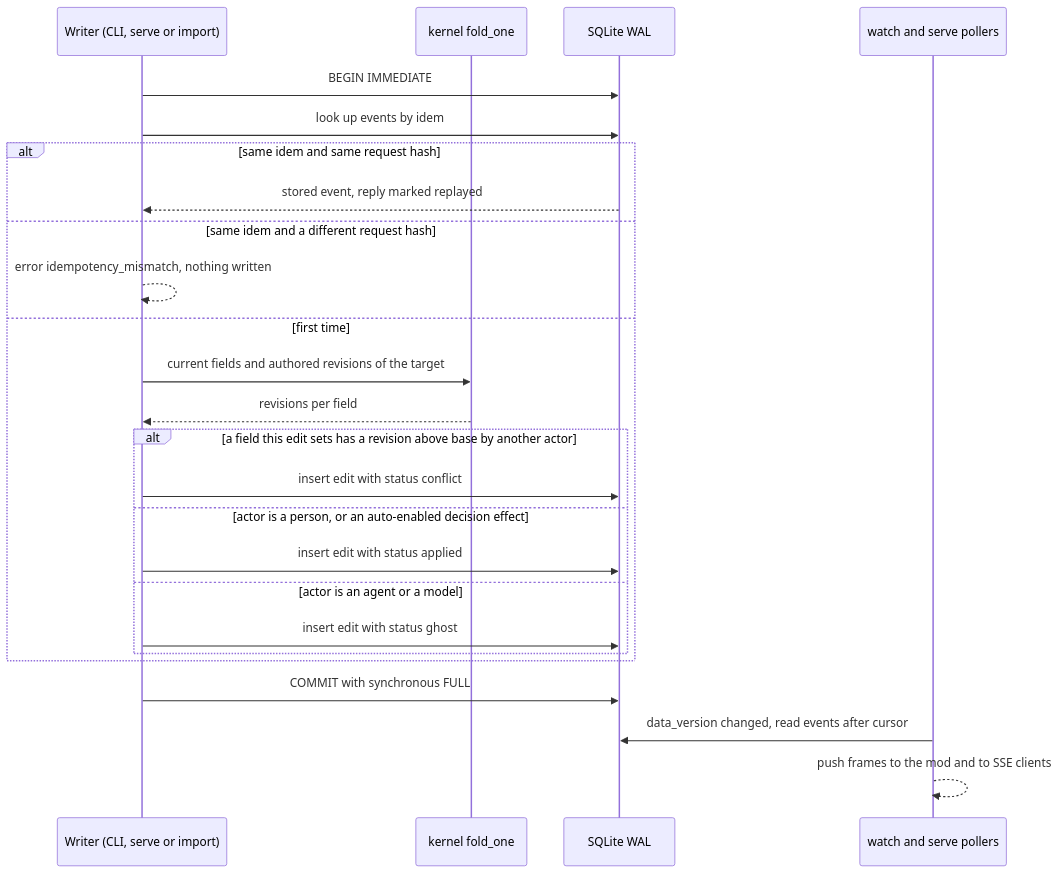
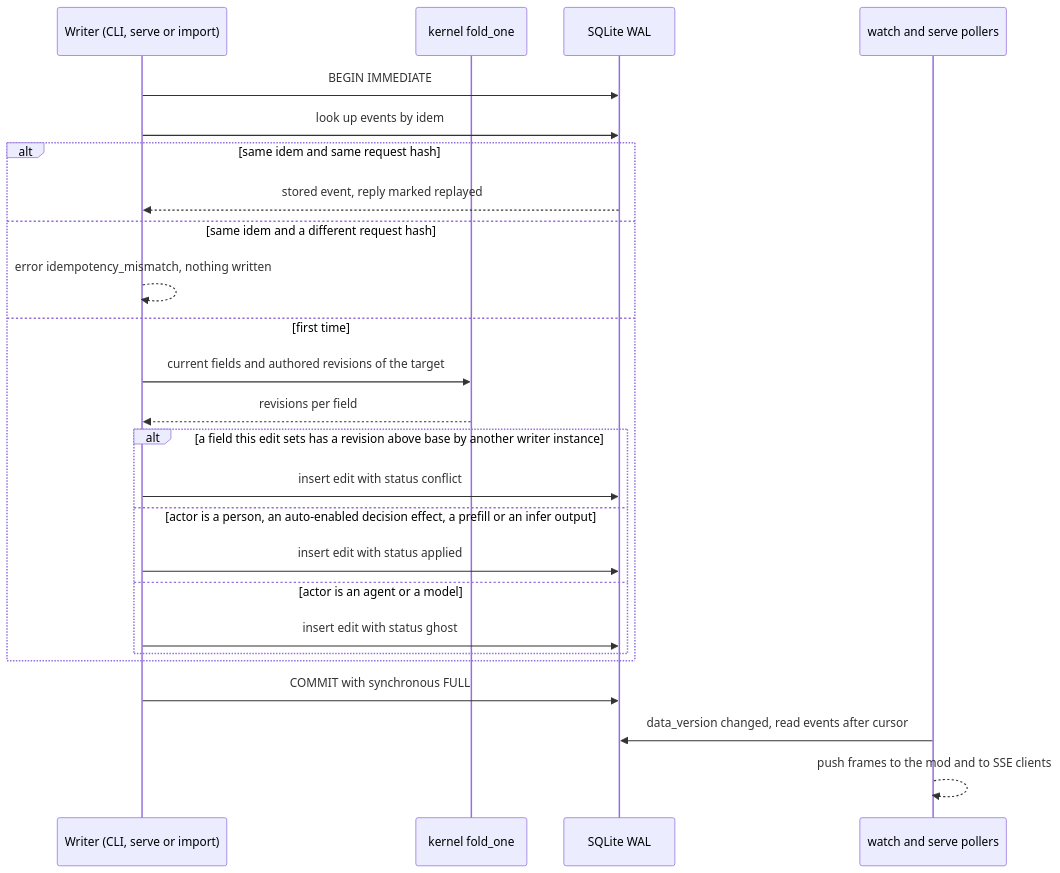
The fifth of 7 diagrams in docs/contributing/architecture.md (doodla/planroom), drawn with Mermaid before and after one commit. The commit also changed other lines of this file and 9 other files, not shown here.

First line of the commit message:
Architecture review round 1: apply the fixes, owner follow-ups in DR-60

````diff
--- a/docs/contributing/architecture.md
+++ b/docs/contributing/architecture.md
@@ -247,27 +252,27 @@
 ```mermaid
 sequenceDiagram
   participant W as Writer (CLI, serve or import)
   participant K as kernel fold_one
   participant DB as SQLite WAL
   participant L as watch and serve pollers
   W->>DB: BEGIN IMMEDIATE
   W->>DB: look up events by idem
   alt same idem and same request hash
     DB-->>W: stored event, reply marked replayed
   else same idem and a different request hash
     W-->>W: error idempotency_mismatch, nothing written
   else first time
     W->>K: current fields and authored revisions of the target
     K-->>W: revisions per field
-    alt a field this edit sets has a revision above base by another actor
+    alt a field this edit sets has a revision above base by another writer instance
       W->>DB: insert edit with status conflict
-    else actor is a person, or an auto-enabled decision effect
+    else actor is a person, an auto-enabled decision effect, a prefill or an infer output
       W->>DB: insert edit with status applied
     else actor is an agent or a model
       W->>DB: insert edit with status ghost
     end
   end
   W->>DB: COMMIT with synchronous FULL
   L->>DB: data_version changed, read events after cursor
   L-->>L: push frames to the mod and to SSE clients
 ```
````
